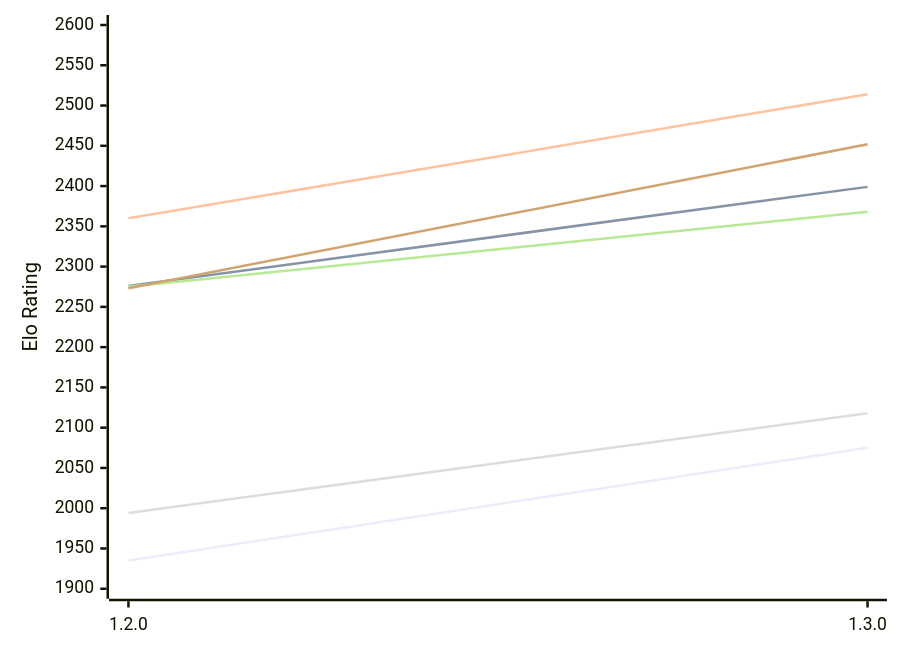
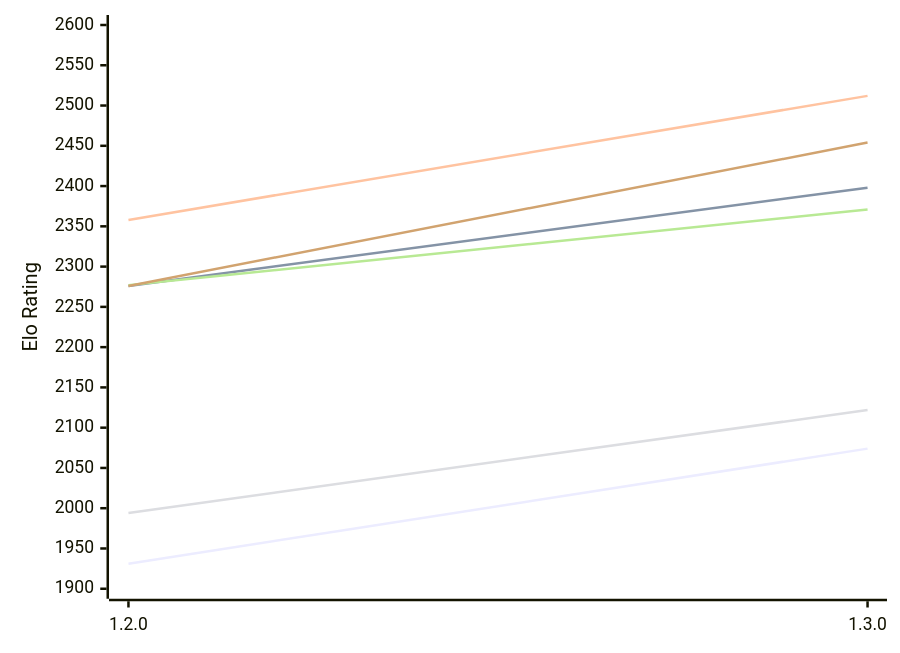
The first of 2 diagrams in engines/Anodos.md (computer-chess-index/cci), drawn with Mermaid before and after one commit. The commit also changed other lines of this file, not shown here.

Commit message:
Update CCI Ratings (ELO VLTC) - 2026-11-28

````diff
--- a/engines/Anodos.md
+++ b/engines/Anodos.md
@@ -52,12 +52,12 @@
 ```mermaid
 %%{init: {"theme":"base","themeVariables":{"seriesColors:['#a3a3a3','#222221','#faa371']}}}%%
 xychart-beta
   x-axis ["1.2.0", "1.3.0"]
   y-axis "Elo Rating" 1900 --> 2600
-  line "E1: STC (8.0+0.08s)" [1935, 2075]
-  line "E1: LTC (60.0+0.60s)" [2276, 2399]
-  line "E1: VLTC (2m24s+1.12s)" [2360, 2514]
-  line "P1: STC (8.0+0.08s)" [1994, 2118]
-  line "P1: LTC (60.0+0.60s)" [2275, 2368]
-  line "P1: VLTC (2m24s+1.12s)" [2273, 2452]
+  line "E1: STC (8.0+0.08s)" [1931, 2074]
+  line "E1: LTC (60.0+0.60s)" [2276, 2398]
+  line "E1: VLTC (2m24s+1.12s)" [2358, 2512]
+  line "P1: STC (8.0+0.08s)" [1994, 2122]
+  line "P1: LTC (60.0+0.60s)" [2277, 2371]
+  line "P1: VLTC (2m24s+1.12s)" [2276, 2454]
 ```
````
